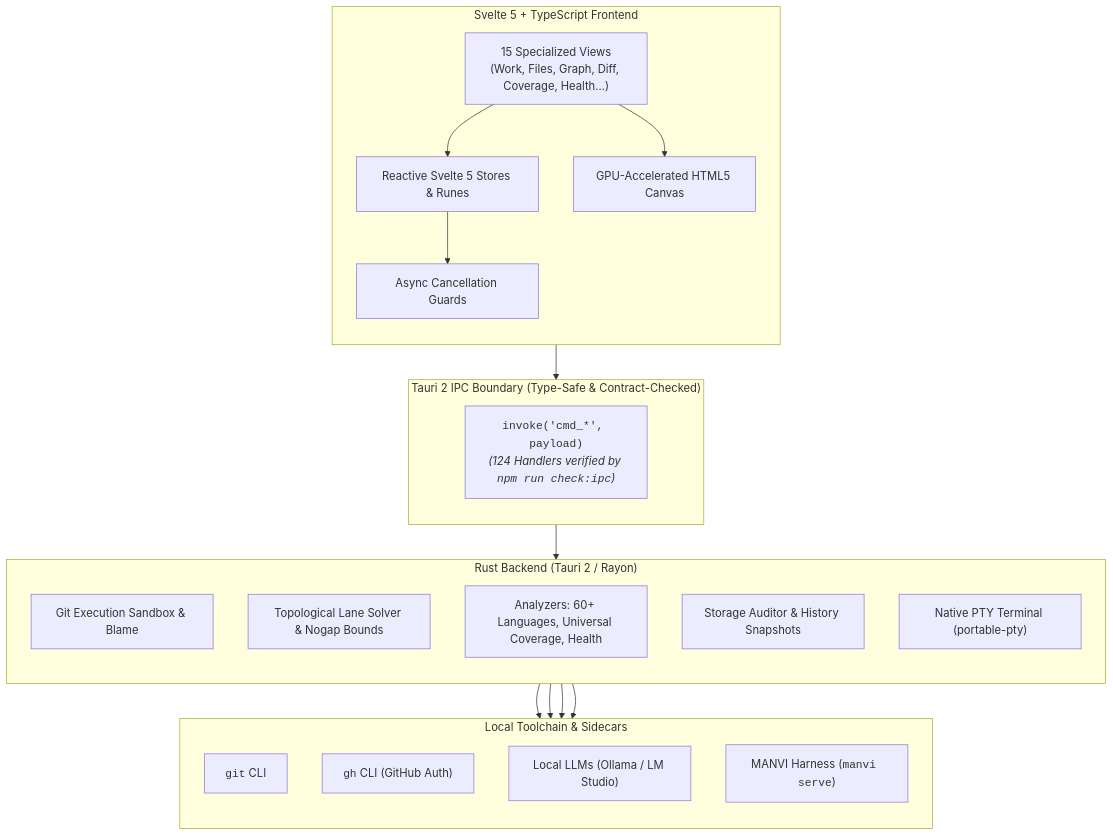
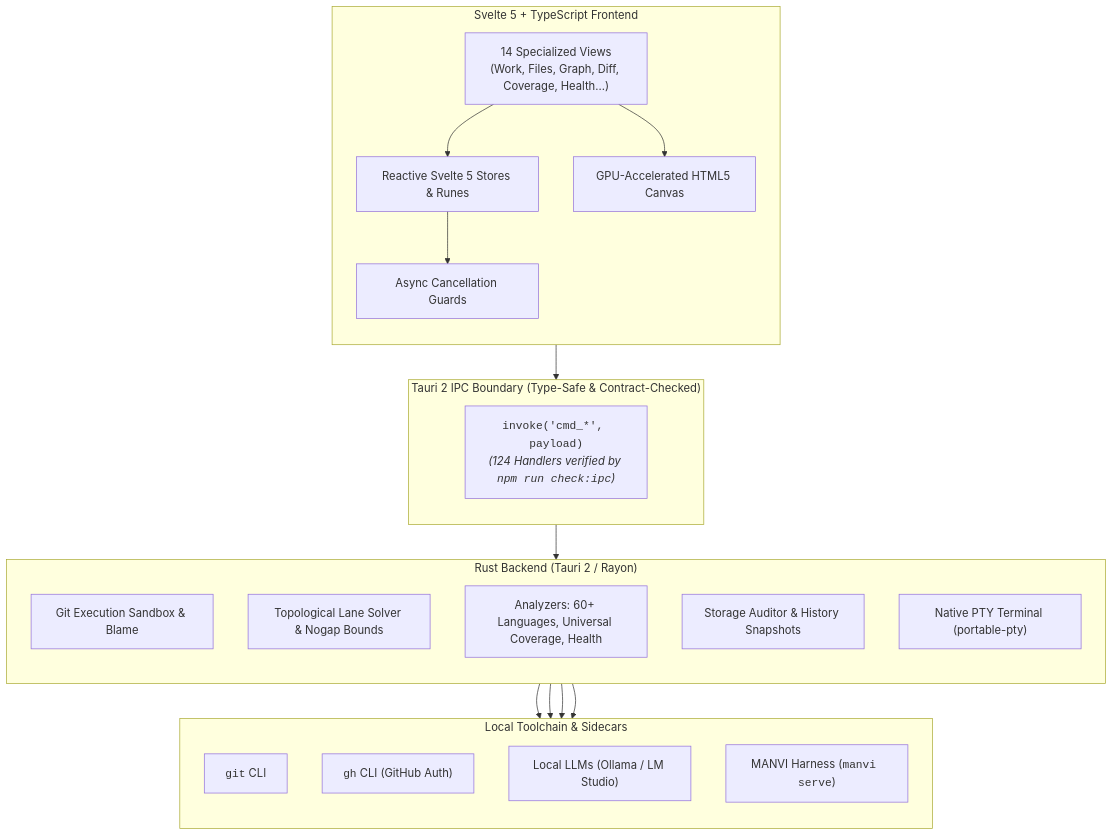
One commit to bharathvbcr/GitPulse changed the first of 4 diagrams in README.md. Above: the diagram before and after it, drawn with Mermaid. The commit also changed other lines of this file and 16 other files, not shown here.

````diff
--- a/README.md
+++ b/README.md
@@ -41,43 +41,43 @@
 ```mermaid
 flowchart TB
     subgraph Frontend["Svelte 5 + TypeScript Frontend"]
         direction TB
-        Views["15 Specialized Views<br/>(Work, Files, Graph, Diff, Coverage, Health...)"]
+        Views["14 Specialized Views<br/>(Work, Files, Graph, Diff, Coverage, Health...)"]
         Stores["Reactive Svelte 5 Stores & Runes"]
         CanvasEngine["GPU-Accelerated HTML5 Canvas"]
         AsyncGuards["Async Cancellation Guards"]
         
         Views --> Stores
         Views --> CanvasEngine
         Stores --> AsyncGuards
     end
 
     subgraph IPC["Tauri 2 IPC Boundary (Type-Safe & Contract-Checked)"]
         direction TB
         IPCBridge["<code>invoke('cmd_*', payload)</code><br/><i>(124 Handlers verified by <code>npm run check:ipc</code>)</i>"]
     end
 
     subgraph Backend["Rust Backend (Tauri 2 / Rayon)"]
         direction TB
         GitSandbox["Git Execution Sandbox & Blame"]
         GraphSolver["Topological Lane Solver & Nogap Bounds"]
         Analyzers["Analyzers: 60+ Languages, Universal Coverage, Health"]
         StorageEngine["Storage Auditor & History Snapshots"]
         TerminalPTY["Native PTY Terminal (portable-pty)"]
     end
 
     subgraph LocalTools["Local Toolchain & Sidecars"]
         direction TB
         GitCLI["<code>git</code> CLI"]
         GhCLI["<code>gh</code> CLI (GitHub Auth)"]
         LocalAI["Local LLMs (Ollama / LM Studio)"]
         ManviSidecar["MANVI Harness (<code>manvi serve</code>)"]
     end
 
     AsyncGuards --> IPCBridge
     IPCBridge --> Backend
     GitSandbox --> GitCLI
     Analyzers --> GhCLI
     Analyzers --> LocalAI
     Backend --> ManviSidecar
 ```
````
